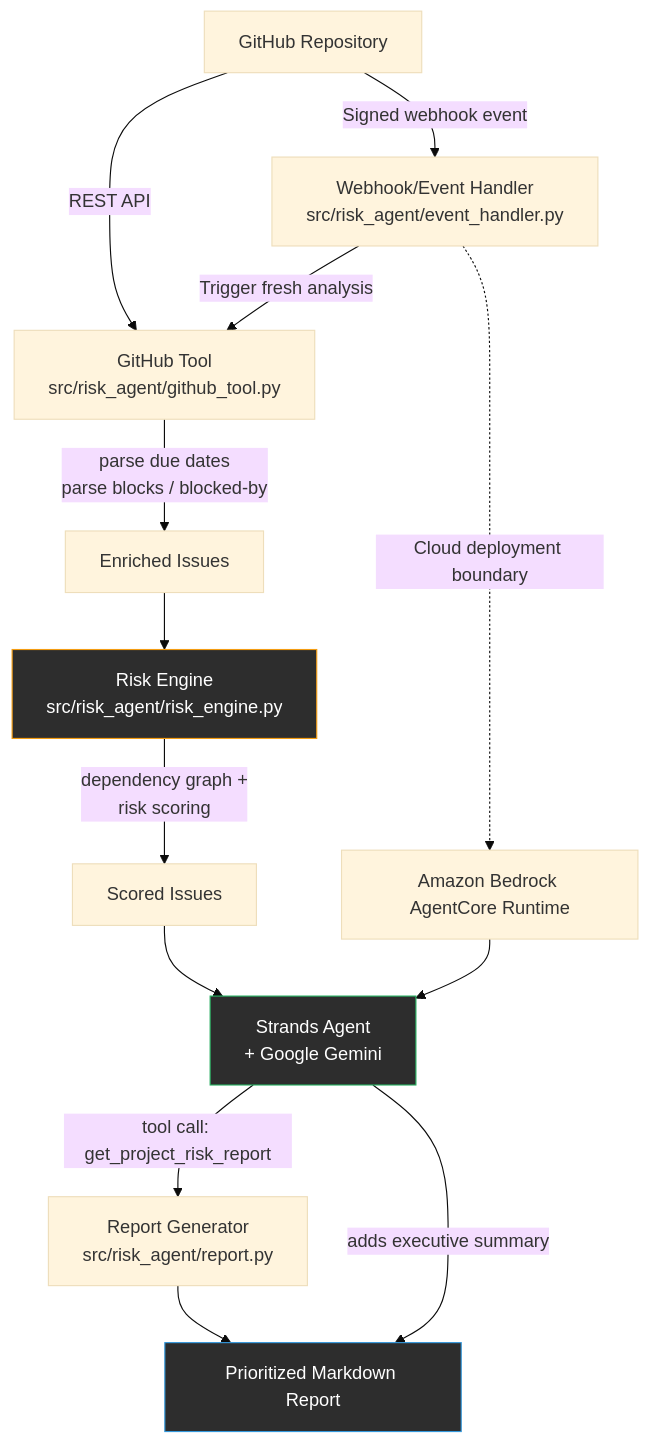
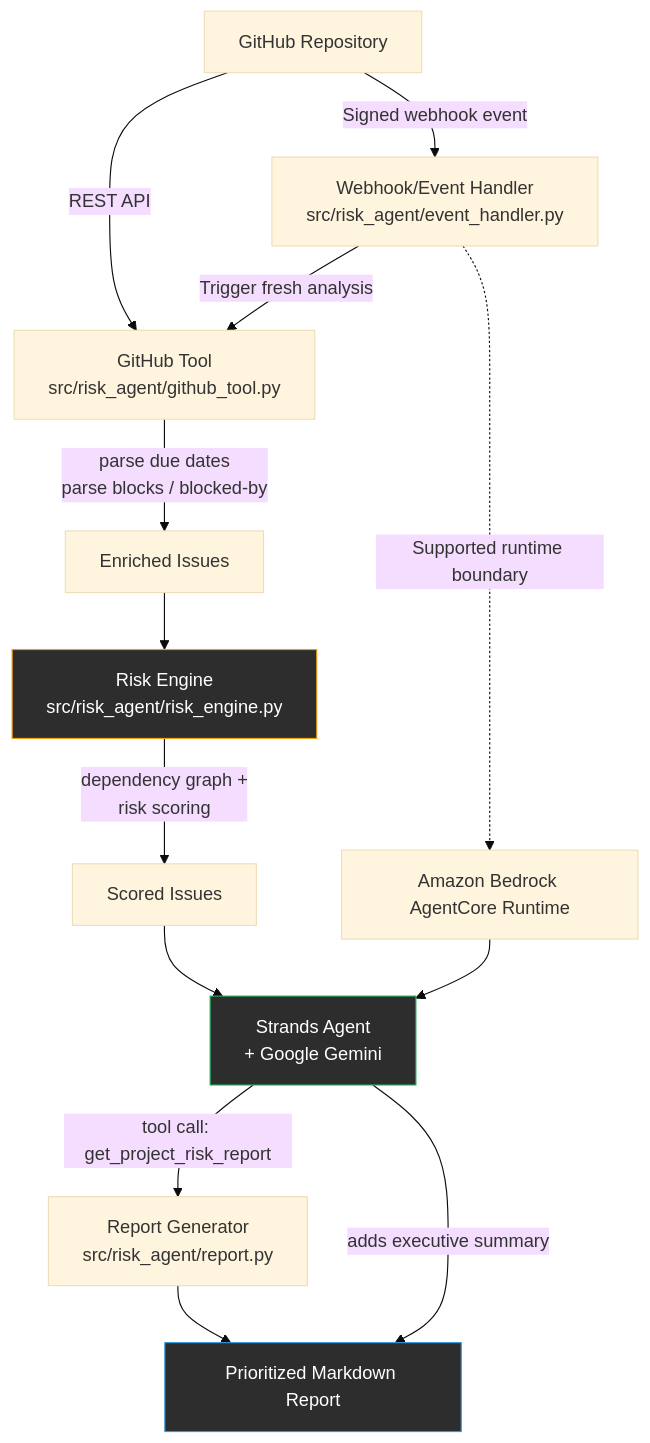
Before and after one commit to iamkk369/project-risk-agent: the first of 2 diagrams in docs/architecture.md, drawn with Mermaid (base theme). The commit also changed other lines of this file and 9 other files, not shown here.

````diff
--- a/docs/architecture.md
+++ b/docs/architecture.md
@@ -5,19 +5,19 @@
 ```mermaid
 flowchart TD
     A[GitHub Repository] -->|REST API| B[GitHub Tool<br/>src/risk_agent/github_tool.py]
     A -->|Signed webhook event| W[Webhook/Event Handler<br/>src/risk_agent/event_handler.py]
     W -->|Trigger fresh analysis| B
-    W -.->|Cloud deployment boundary| AC[Amazon Bedrock AgentCore Runtime]
+    W -.->|Supported runtime boundary| AC[Amazon Bedrock AgentCore Runtime]
     AC --> F
     B -->|"parse due dates<br/>parse blocks / blocked-by"| C[Enriched Issues]
     C --> D[Risk Engine<br/>src/risk_agent/risk_engine.py]
     D -->|"dependency graph +<br/>risk scoring"| E[Scored Issues]
     E --> F[Strands Agent<br/>+ Google Gemini]
     F -->|"tool call: get_project_risk_report"| G[Report Generator<br/>src/risk_agent/report.py]
     G --> H[Prioritized Markdown Report]
     F -->|"adds executive summary"| H
 
     style D fill:#2d2d2d,stroke:#f39c12,color:#fff
     style F fill:#2d2d2d,stroke:#27ae60,color:#fff
     style H fill:#2d2d2d,stroke:#3498db,color:#fff
 ```
````
